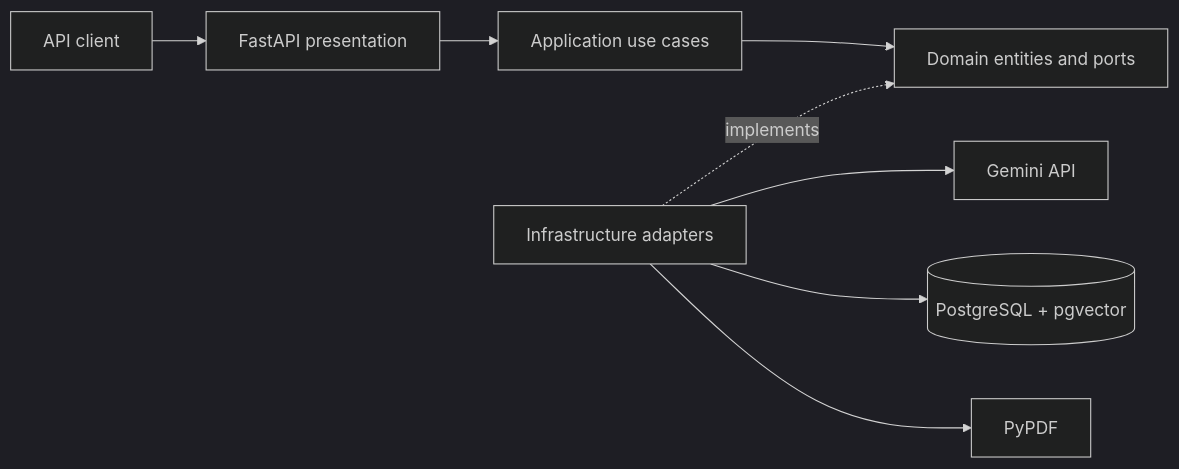
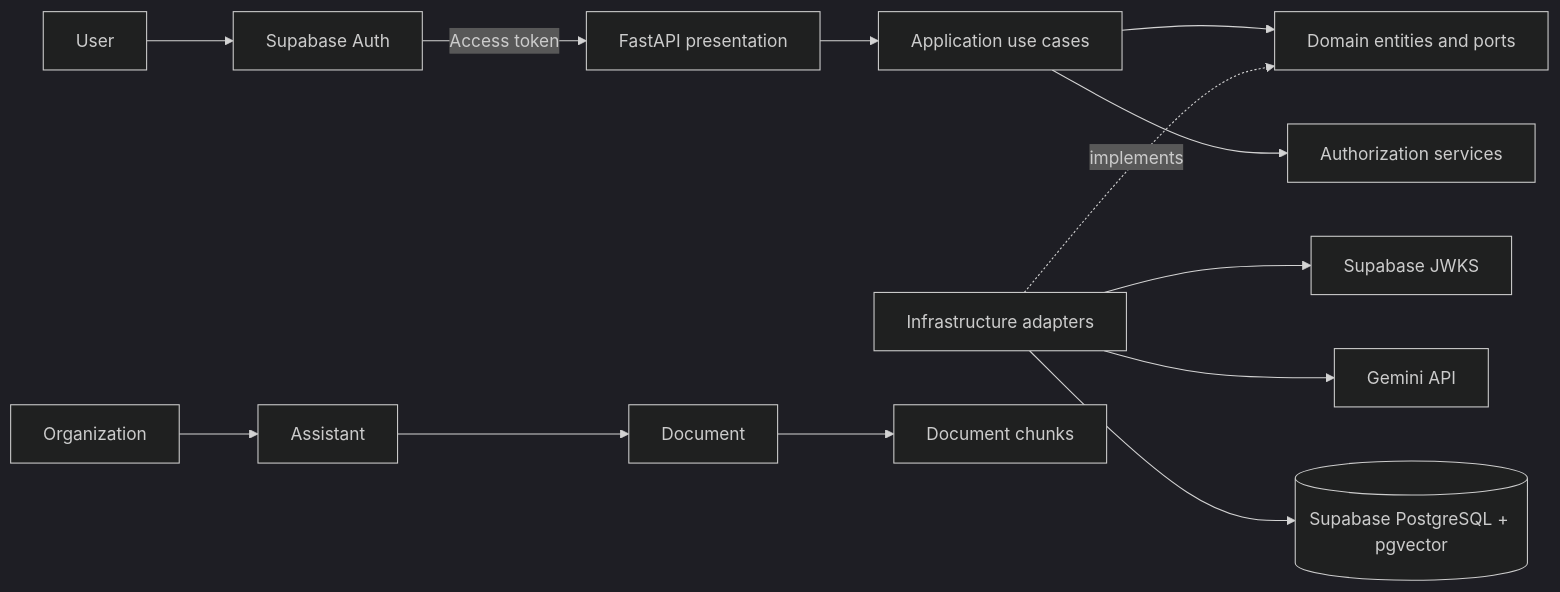
The diagram in README.md (itswijay/ai-knowledge-assistant), drawn with Mermaid (dark theme) before and after one commit. The commit also changed other lines of this file and 1 other file, not shown here.

Commit message:
feat(env): update environment variables for PostgreSQL integration testing and clarify PDF upload limit

````diff
--- a/README.md
+++ b/README.md
@@ -38,10 +37,16 @@
 ```mermaid
 flowchart LR
-    Client[API client] --> Presentation[FastAPI presentation]
-    Presentation --> UseCases[Application use cases]
+    User[User] --> Auth[Supabase Auth]
+    Auth -->|Access token| API[FastAPI presentation]
+    API --> UseCases[Application use cases]
     UseCases --> Domain[Domain entities and ports]
+    UseCases --> Authorization[Authorization services]
     Infrastructure[Infrastructure adapters] -. implements .-> Domain
+    Infrastructure --> JWKS[Supabase JWKS]
     Infrastructure --> Gemini[Gemini API]
-    Infrastructure --> Postgres[(PostgreSQL + pgvector)]
-    Infrastructure --> PyPDF[PyPDF]
+    Infrastructure --> Postgres[(Supabase PostgreSQL + pgvector)]
+
+    Organization --> Assistant
+    Assistant --> Document
+    Document --> Chunk[Document chunks]
 ```
````
